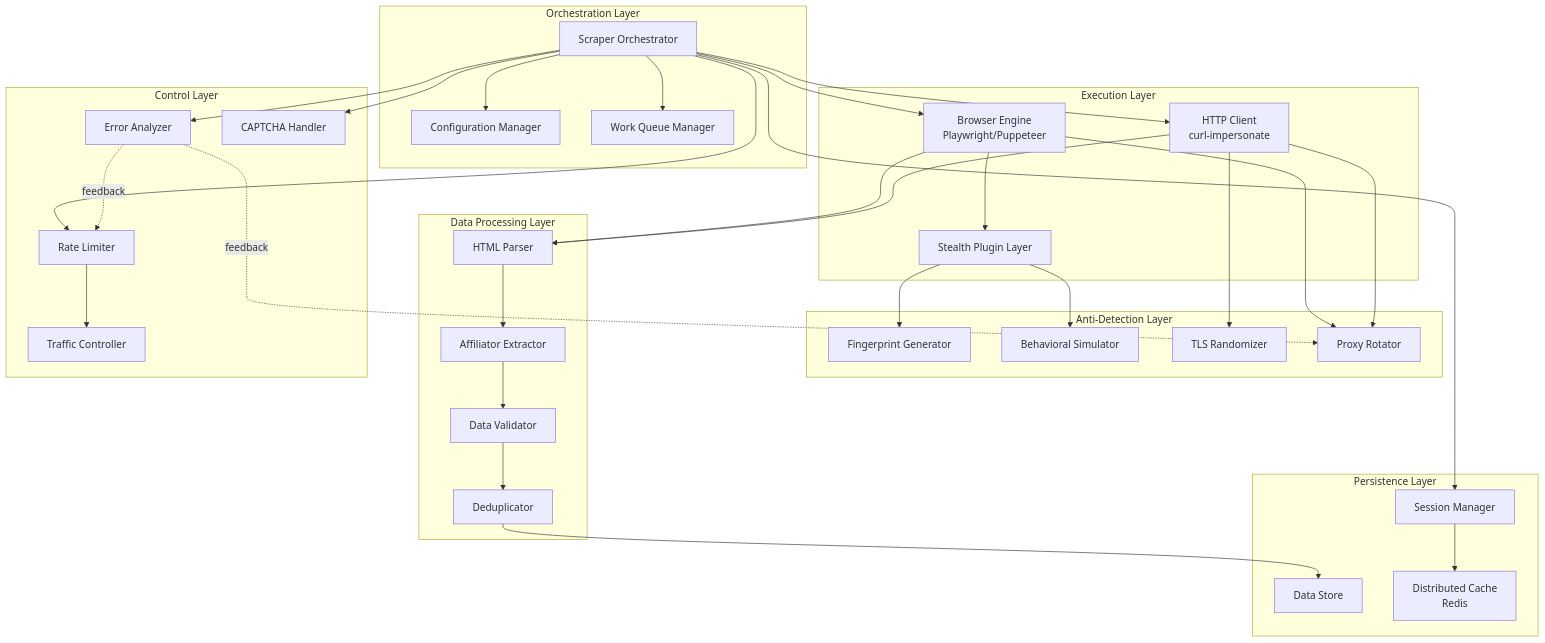
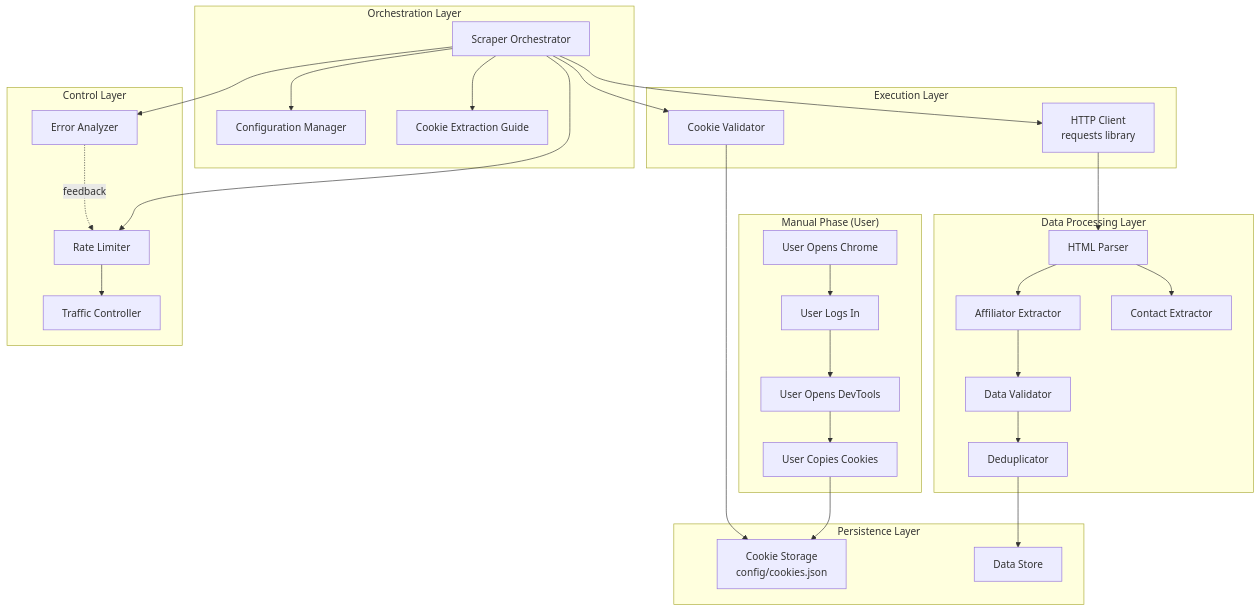
One commit to gilangpramana21/affiliator-scrape changed the first of 2 diagrams in .kiro/specs/tokopedia-affiliate-scraper/design.md. Above: the diagram before and after it, drawn with Mermaid. The commit also changed other lines of this file and 164 other files, not shown here.

````diff
--- a/.kiro/specs/tokopedia-affiliate-scraper/design.md
+++ b/.kiro/specs/tokopedia-affiliate-scraper/design.md
@@ -35,72 +46,63 @@
 ```mermaid
 graph TB
+    subgraph "Manual Phase (User)"
+        User[User Opens Chrome]
+        Login[User Logs In]
+        DevTools[User Opens DevTools]
+        CopyC[User Copies Cookies]
+    end
+    
     subgraph "Orchestration Layer"
         Scraper[Scraper Orchestrator]
         Config[Configuration Manager]
-        Queue[Work Queue Manager]
+        CookieGuide[Cookie Extraction Guide]
     end
     
     subgraph "Execution Layer"
-        Browser[Browser Engine<br/>Playwright/Puppeteer]
-        HTTP[HTTP Client<br/>curl-impersonate]
-        Stealth[Stealth Plugin Layer]
-    end
-    
-    subgraph "Anti-Detection Layer"
-        Fingerprint[Fingerprint Generator]
-        Behavior[Behavioral Simulator]
-        TLS[TLS Randomizer]
-        Proxy[Proxy Rotator]
+        HTTP[HTTP Client<br/>requests library]
+        CookieValidator[Cookie Validator]
     end
     
     subgraph "Data Processing Layer"
         Parser[HTML Parser]
         Extractor[Affiliator Extractor]
+        ContactExtractor[Contact Extractor]
         Validator[Data Validator]
         Dedup[Deduplicator]
     end
     
     subgraph "Persistence Layer"
-        Session[Session Manager]
+        CookieStore[Cookie Storage<br/>config/cookies.json]
         Store[Data Store]
-        Cache[Distributed Cache<br/>Redis]
     end
     
     subgraph "Control Layer"
         RateLimit[Rate Limiter]
         Traffic[Traffic Controller]
         Error[Error Analyzer]
-        CAPTCHA[CAPTCHA Handler]
     end
     
+    User --> Login
+    Login --> DevTools
+    DevTools --> CopyC
+    CopyC --> CookieStore
+    
     Scraper --> Config
-    Scraper --> Queue
-    Scraper --> Browser
+    Scraper --> CookieGuide
+    Scraper --> CookieValidator
+    CookieValidator --> CookieStore
+    
     Scraper --> HTTP
-    
-    Browser --> Stealth
-    HTTP --> TLS
-    Browser --> Proxy
-    HTTP --> Proxy
-    
-    Stealth --> Fingerprint
-    Stealth --> Behavior
-    
-    Browser --> Parser
     HTTP --> Parser
     Parser --> Extractor
+    Parser --> ContactExtractor
     Extractor --> Validator
     Validator --> Dedup
     Dedup --> Store
     
-    Scraper --> Session
-    Session --> Cache
-    
     Scraper --> RateLimit
     RateLimit --> Traffic
     Scraper --> Error
-    Scraper --> CAPTCHA
     
     Error -.feedback.-> RateLimit
-    Error -.feedback.-> Proxy
 ```
````
